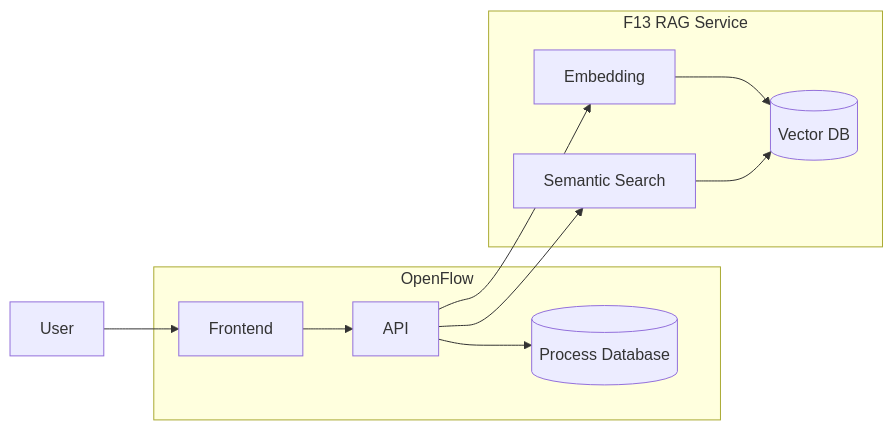
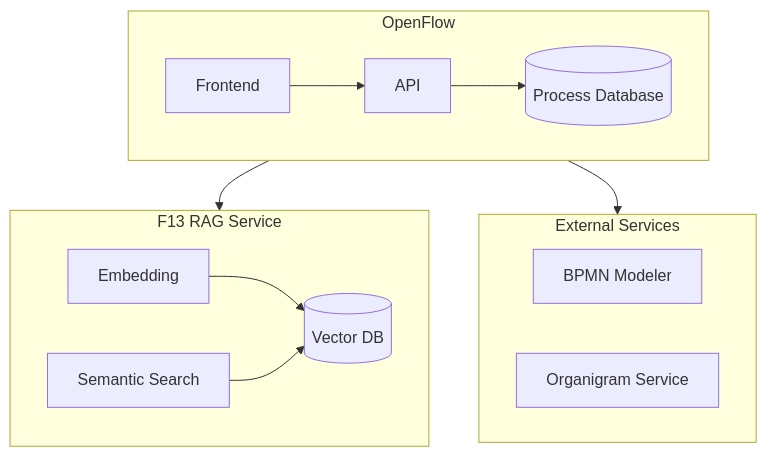
One commit to vensas/govtech-hackathon-2025-openflow changed the third of 4 diagrams in demo/openflow-presentation/slides.md. Above: the diagram before and after it, drawn with Mermaid. The commit also changed other lines of this file and 3 other files, not shown here.

````diff
--- a/demo/openflow-presentation/slides.md
+++ b/demo/openflow-presentation/slides.md
@@ -186,21 +246,23 @@
-```mermaid
-flowchart LR
-      A[User]
-      subgraph OpenFlow
+```mermaid {scale: 0.8}
+flowchart TD
+      subgraph X1 [OpenFlow]
         B[Frontend]
         C[API]
         D[(Process Database)]
       end
-      subgraph F13 RAG Service
+      subgraph X2 [F13 RAG Service]
          F[Embedding]
          G[Semantic Search]
          H[(Vector DB)]
       end
-      A --> B
+      subgraph X3 [External Services]
+          E[BPMN Modeler]
+          I[Organigram Service]
+      end
       B --> C
       C --> D
-      C --> F
-      C --> G
       F --> H
       G --> H
+      X1 --> X2
+      X1 --> X3
 ```
````
